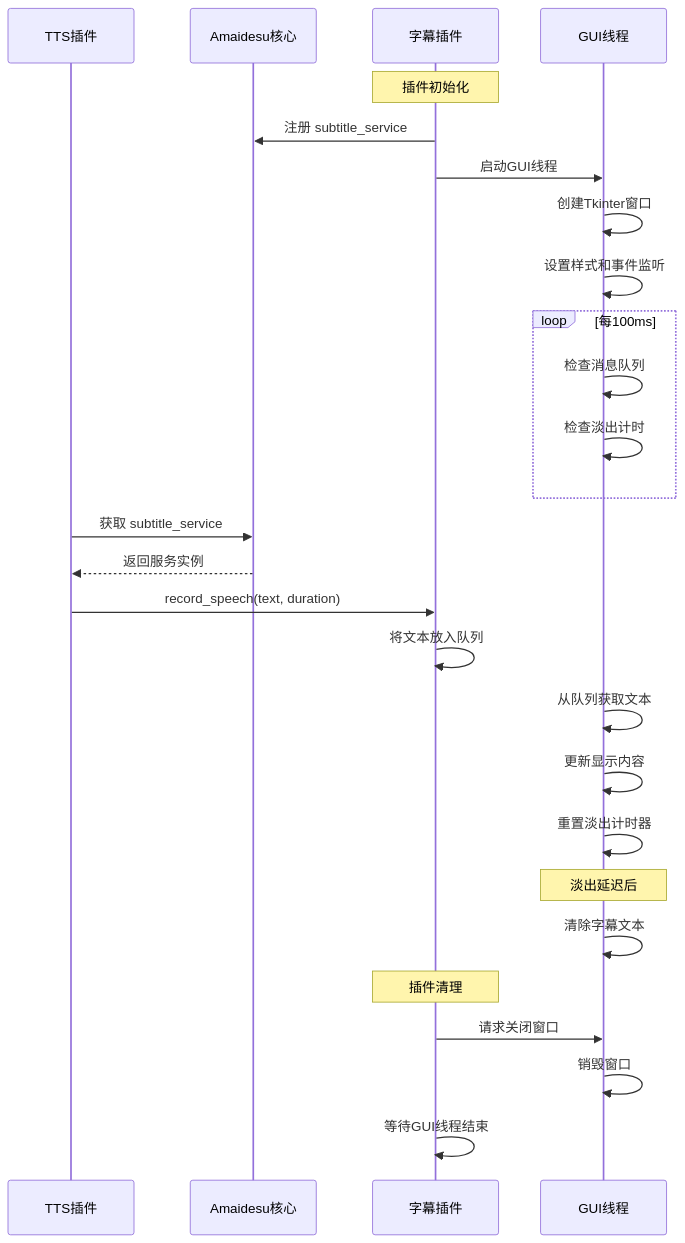
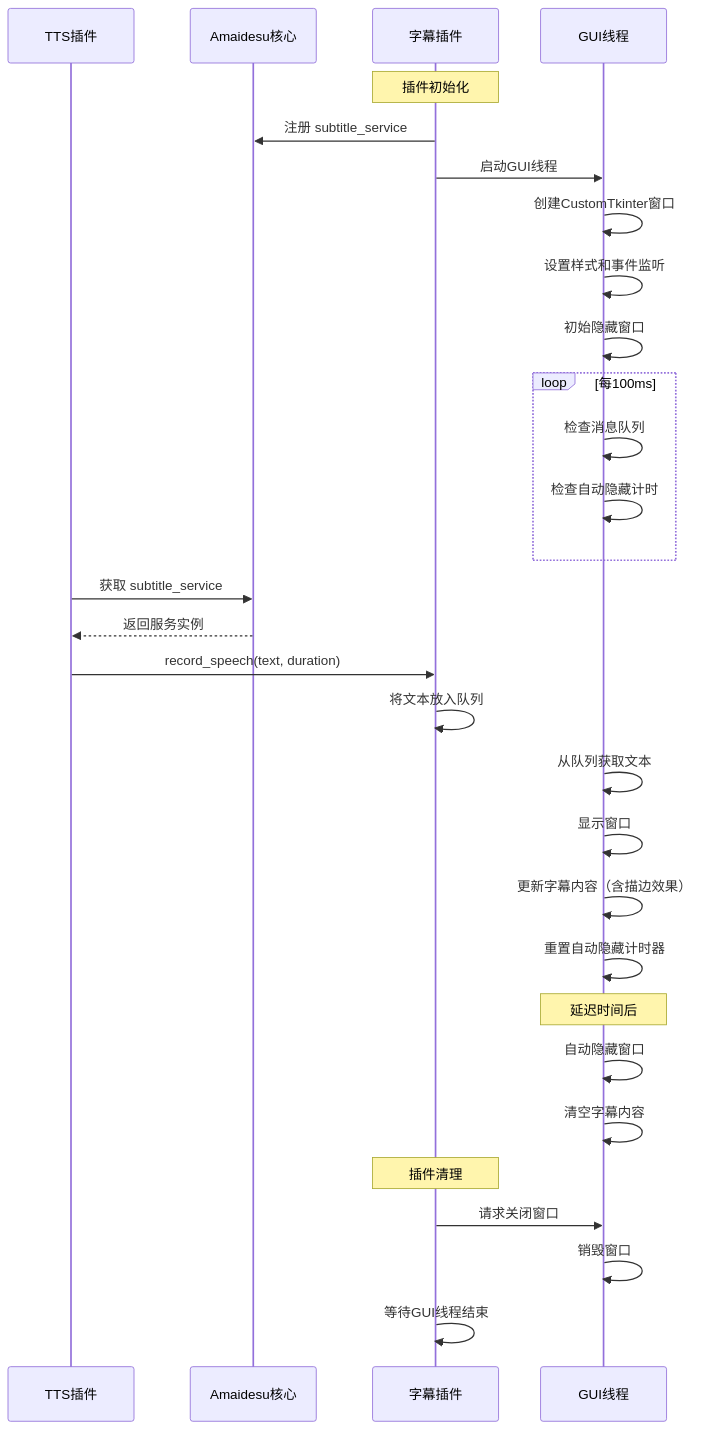
The diagram in src/plugins/subtitle/README.md (ChangingSelf/MaiBot-Vtuber), drawn with Mermaid before and after one commit. The commit also changed other lines of this file and 3 other files, not shown here.

````diff
--- a/src/plugins/subtitle/README.md
+++ b/src/plugins/subtitle/README.md
@@ -56,35 +89,38 @@
 ```mermaid
 sequenceDiagram
     participant TTS as TTS插件
     participant Core as Amaidesu核心
     participant Sub as 字幕插件
     participant GUI as GUI线程
     
     Note over Sub: 插件初始化
     Sub->>Core: 注册 subtitle_service
     Sub->>GUI: 启动GUI线程
-    GUI->>GUI: 创建Tkinter窗口
+    GUI->>GUI: 创建CustomTkinter窗口
     GUI->>GUI: 设置样式和事件监听
+    GUI->>GUI: 初始隐藏窗口
     
     loop 每100ms
         GUI->>GUI: 检查消息队列
-        GUI->>GUI: 检查淡出计时
+        GUI->>GUI: 检查自动隐藏计时
     end
     
     TTS->>Core: 获取 subtitle_service
     Core-->>TTS: 返回服务实例
     TTS->>Sub: record_speech(text, duration)
     Sub->>Sub: 将文本放入队列
     
     GUI->>GUI: 从队列获取文本
-    GUI->>GUI: 更新显示内容
-    GUI->>GUI: 重置淡出计时器
+    GUI->>GUI: 显示窗口
+    GUI->>GUI: 更新字幕内容（含描边效果）
+    GUI->>GUI: 重置自动隐藏计时器
     
-    Note over GUI: 淡出延迟后
-    GUI->>GUI: 清除字幕文本
+    Note over GUI: 延迟时间后
+    GUI->>GUI: 自动隐藏窗口
+    GUI->>GUI: 清空字幕内容
     
     Note over Sub: 插件清理
     Sub->>GUI: 请求关闭窗口
     GUI->>GUI: 销毁窗口
     Sub->>Sub: 等待GUI线程结束
 ```
````
